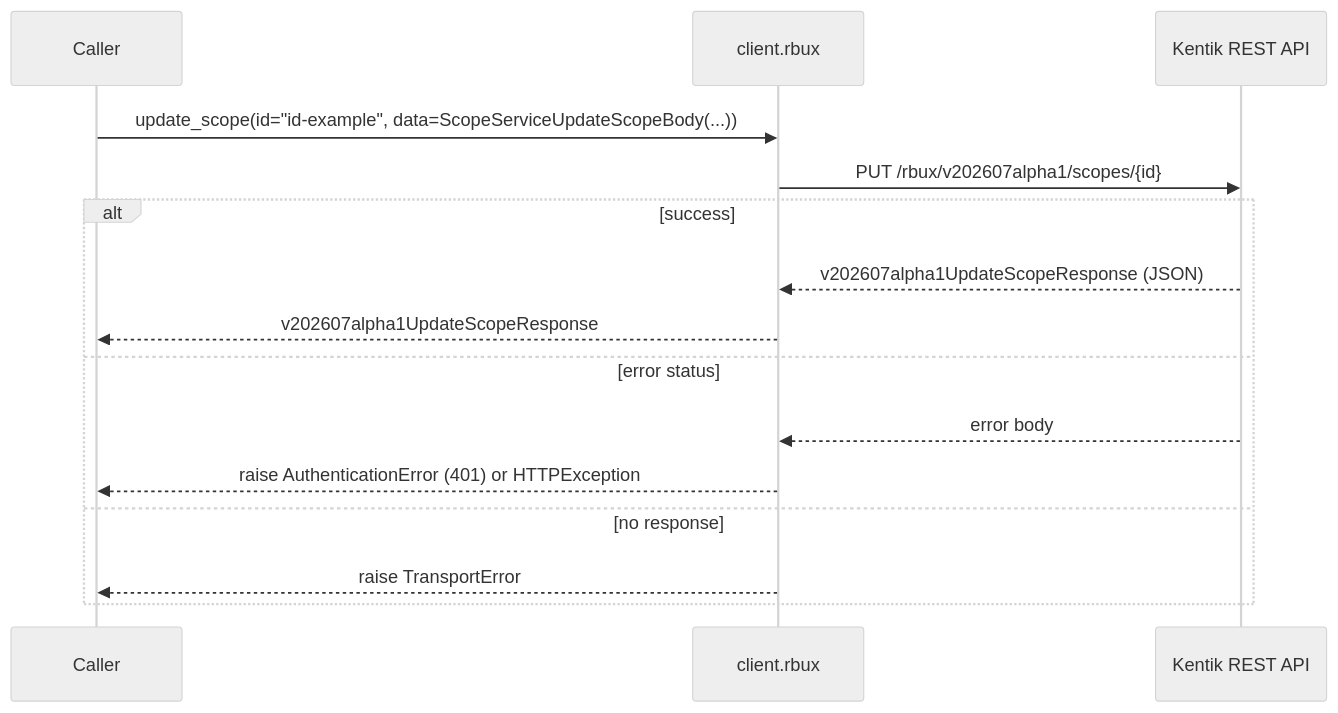
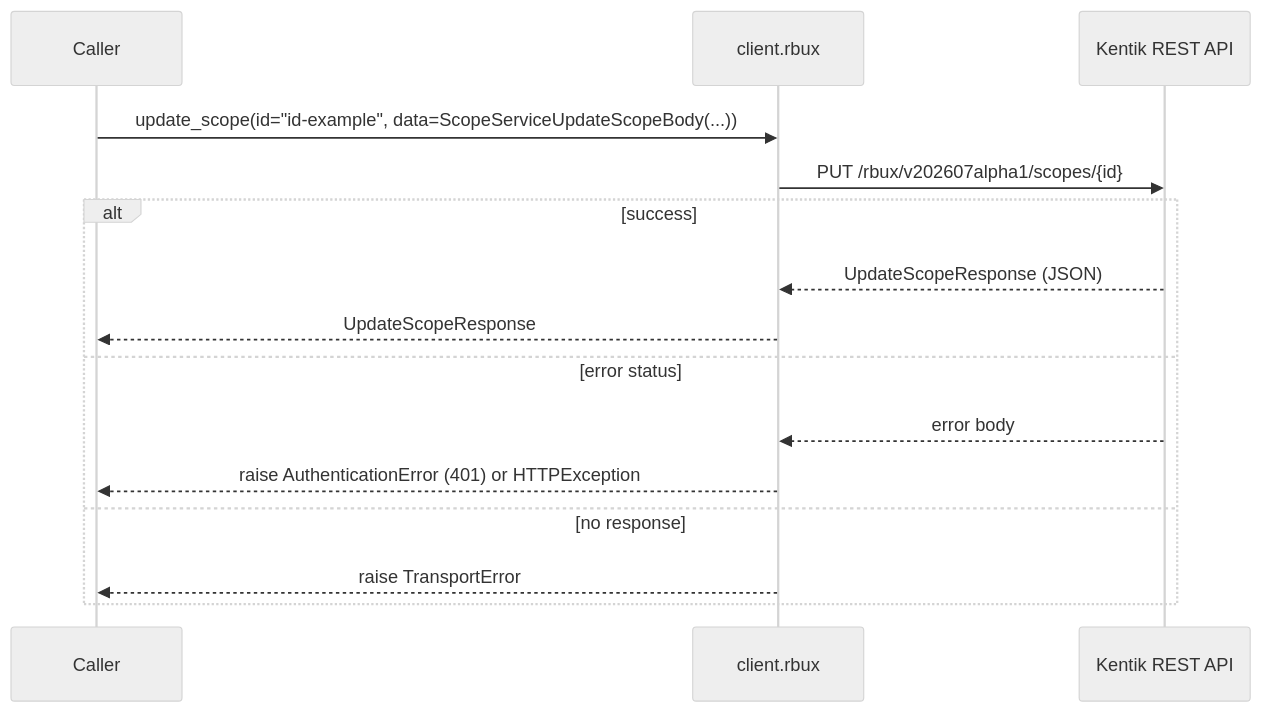
Before and after one commit to alexdearaujo/community_sdk_python: the eighth of 12 diagrams in docs/sphinx/services/rbux.md, drawn with Mermaid (neutral theme). The commit also changed other lines of this file and 38 other files, not shown here.

````diff
--- a/docs/sphinx/services/rbux.md
+++ b/docs/sphinx/services/rbux.md
@@ -258,18 +258,18 @@
 ```mermaid
 sequenceDiagram
     participant C as Caller
     participant W as client.rbux
     participant API as Kentik REST API
 
     C->>W: update_scope(id="id-example", data=ScopeServiceUpdateScopeBody(...))
     W->>API: PUT /rbux/v202607alpha1/scopes/{id}
     alt success
-        API-->>W: v202607alpha1UpdateScopeResponse (JSON)
-        W-->>C: v202607alpha1UpdateScopeResponse
+        API-->>W: UpdateScopeResponse (JSON)
+        W-->>C: UpdateScopeResponse
     else error status
         API-->>W: error body
         W-->>C: raise AuthenticationError (401) or HTTPException
     else no response
         W-->>C: raise TransportError
     end
 ```
````
